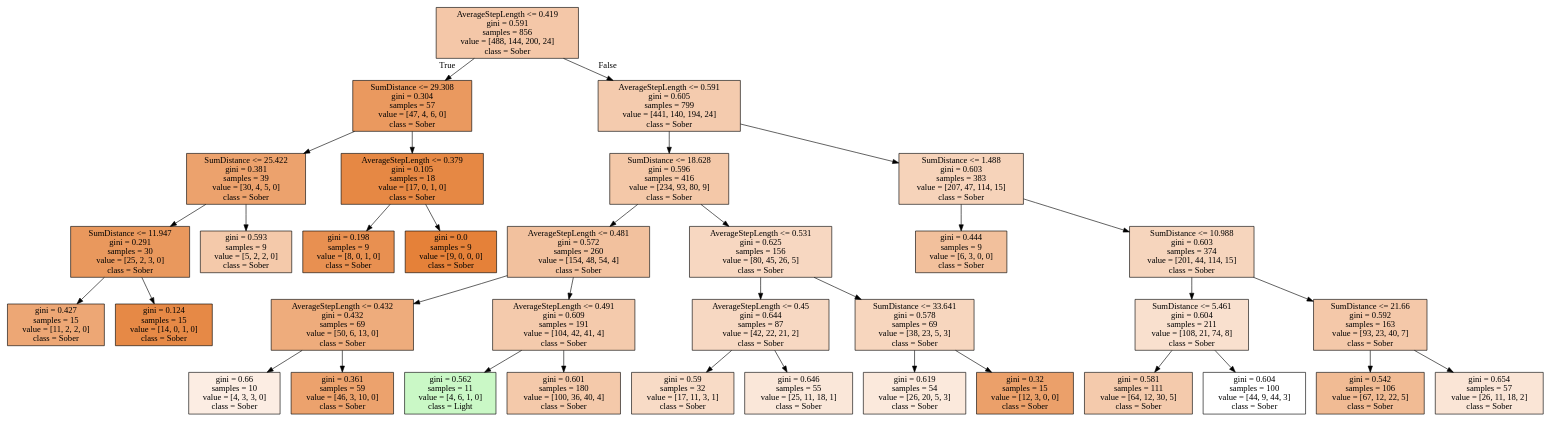
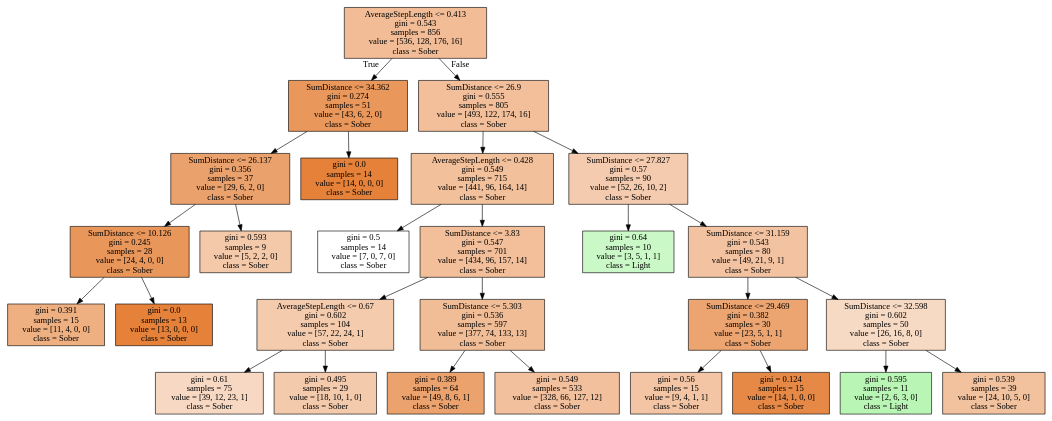
Before and after one commit to VivienvV/fallrisk: the diagram in Machine_learning/tree_alchohol.dot, drawn with Graphviz. The commit also changed 4 other files, not shown here.

```diff
--- a/Machine_learning/tree_alchohol.dot
+++ b/Machine_learning/tree_alchohol.dot
@@ -1,72 +1,56 @@
 digraph Tree {
 node [shape=box, style="filled", color="black"] ;
-0 [label="AverageStepLength <= 0.419\ngini = 0.591\nsamples = 856\nvalue = [488, 144, 200, 24]\nclass = Sober", fillcolor="#e5813970"] ;
-1 [label="SumDistance <= 29.308\ngini = 0.304\nsamples = 57\nvalue = [47, 4, 6, 0]\nclass = Sober", fillcolor="#e58139cd"] ;
+0 [label="AverageStepLength <= 0.413\ngini = 0.543\nsamples = 856\nvalue = [536, 128, 176, 16]\nclass = Sober", fillcolor="#e5813987"] ;
+1 [label="SumDistance <= 34.362\ngini = 0.274\nsamples = 51\nvalue = [43, 6, 2, 0]\nclass = Sober", fillcolor="#e58139d2"] ;
 0 -> 1 [labeldistance=2.5, labelangle=45, headlabel="True"] ;
-2 [label="SumDistance <= 25.422\ngini = 0.381\nsamples = 39\nvalue = [30, 4, 5, 0]\nclass = Sober", fillcolor="#e58139bc"] ;
+2 [label="SumDistance <= 26.137\ngini = 0.356\nsamples = 37\nvalue = [29, 6, 2, 0]\nclass = Sober", fillcolor="#e58139bd"] ;
 1 -> 2 ;
-3 [label="SumDistance <= 11.947\ngini = 0.291\nsamples = 30\nvalue = [25, 2, 3, 0]\nclass = Sober", fillcolor="#e58139d0"] ;
+3 [label="SumDistance <= 10.126\ngini = 0.245\nsamples = 28\nvalue = [24, 4, 0, 0]\nclass = Sober", fillcolor="#e58139d4"] ;
 2 -> 3 ;
-4 [label="gini = 0.427\nsamples = 15\nvalue = [11, 2, 2, 0]\nclass = Sober", fillcolor="#e58139b1"] ;
+4 [label="gini = 0.391\nsamples = 15\nvalue = [11, 4, 0, 0]\nclass = Sober", fillcolor="#e58139a2"] ;
 3 -> 4 ;
-5 [label="gini = 0.124\nsamples = 15\nvalue = [14, 0, 1, 0]\nclass = Sober", fillcolor="#e58139ed"] ;
+5 [label="gini = 0.0\nsamples = 13\nvalue = [13, 0, 0, 0]\nclass = Sober", fillcolor="#e58139ff"] ;
 3 -> 5 ;
 6 [label="gini = 0.593\nsamples = 9\nvalue = [5, 2, 2, 0]\nclass = Sober", fillcolor="#e581396d"] ;
 2 -> 6 ;
-7 [label="AverageStepLength <= 0.379\ngini = 0.105\nsamples = 18\nvalue = [17, 0, 1, 0]\nclass = Sober", fillcolor="#e58139f0"] ;
+7 [label="gini = 0.0\nsamples = 14\nvalue = [14, 0, 0, 0]\nclass = Sober", fillcolor="#e58139ff"] ;
 1 -> 7 ;
-8 [label="gini = 0.198\nsamples = 9\nvalue = [8, 0, 1, 0]\nclass = Sober", fillcolor="#e58139df"] ;
-7 -> 8 ;
-9 [label="gini = 0.0\nsamples = 9\nvalue = [9, 0, 0, 0]\nclass = Sober", fillcolor="#e58139ff"] ;
-7 -> 9 ;
-10 [label="AverageStepLength <= 0.591\ngini = 0.605\nsamples = 799\nvalue = [441, 140, 194, 24]\nclass = Sober", fillcolor="#e5813968"] ;
-0 -> 10 [labeldistance=2.5, labelangle=-45, headlabel="False"] ;
-11 [label="SumDistance <= 18.628\ngini = 0.596\nsamples = 416\nvalue = [234, 93, 80, 9]\nclass = Sober", fillcolor="#e581396f"] ;
-10 -> 11 ;
-12 [label="AverageStepLength <= 0.481\ngini = 0.572\nsamples = 260\nvalue = [154, 48, 54, 4]\nclass = Sober", fillcolor="#e581397c"] ;
+8 [label="SumDistance <= 26.9\ngini = 0.555\nsamples = 805\nvalue = [493, 122, 174, 16]\nclass = Sober", fillcolor="#e5813981"] ;
+0 -> 8 [labeldistance=2.5, labelangle=-45, headlabel="False"] ;
+9 [label="AverageStepLength <= 0.428\ngini = 0.549\nsamples = 715\nvalue = [441, 96, 164, 14]\nclass = Sober", fillcolor="#e5813980"] ;
+8 -> 9 ;
+10 [label="gini = 0.5\nsamples = 14\nvalue = [7, 0, 7, 0]\nclass = Sober", fillcolor="#e5813900"] ;
+9 -> 10 ;
+11 [label="SumDistance <= 3.83\ngini = 0.547\nsamples = 701\nvalue = [434, 96, 157, 14]\nclass = Sober", fillcolor="#e5813982"] ;
+9 -> 11 ;
+12 [label="AverageStepLength <= 0.67\ngini = 0.602\nsamples = 104\nvalue = [57, 22, 24, 1]\nclass = Sober", fillcolor="#e5813969"] ;
 11 -> 12 ;
-13 [label="AverageStepLength <= 0.432\ngini = 0.432\nsamples = 69\nvalue = [50, 6, 13, 0]\nclass = Sober", fillcolor="#e58139a8"] ;
+13 [label="gini = 0.61\nsamples = 75\nvalue = [39, 12, 23, 1]\nclass = Sober", fillcolor="#e581394e"] ;
 12 -> 13 ;
-14 [label="gini = 0.66\nsamples = 10\nvalue = [4, 3, 3, 0]\nclass = Sober", fillcolor="#e5813924"] ;
-13 -> 14 ;
-15 [label="gini = 0.361\nsamples = 59\nvalue = [46, 3, 10, 0]\nclass = Sober", fillcolor="#e58139bb"] ;
-13 -> 15 ;
-16 [label="AverageStepLength <= 0.491\ngini = 0.609\nsamples = 191\nvalue = [104, 42, 41, 4]\nclass = Sober", fillcolor="#e581396a"] ;
-12 -> 16 ;
-17 [label="gini = 0.562\nsamples = 11\nvalue = [4, 6, 1, 0]\nclass = Light", fillcolor="#47e53949"] ;
-16 -> 17 ;
-18 [label="gini = 0.601\nsamples = 180\nvalue = [100, 36, 40, 4]\nclass = Sober", fillcolor="#e581396d"] ;
-16 -> 18 ;
-19 [label="AverageStepLength <= 0.531\ngini = 0.625\nsamples = 156\nvalue = [80, 45, 26, 5]\nclass = Sober", fillcolor="#e5813950"] ;
-11 -> 19 ;
-20 [label="AverageStepLength <= 0.45\ngini = 0.644\nsamples = 87\nvalue = [42, 22, 21, 2]\nclass = Sober", fillcolor="#e581394e"] ;
-19 -> 20 ;
-21 [label="gini = 0.59\nsamples = 32\nvalue = [17, 11, 3, 1]\nclass = Sober", fillcolor="#e5813949"] ;
+14 [label="gini = 0.495\nsamples = 29\nvalue = [18, 10, 1, 0]\nclass = Sober", fillcolor="#e581396b"] ;
+12 -> 14 ;
+15 [label="SumDistance <= 5.303\ngini = 0.536\nsamples = 597\nvalue = [377, 74, 133, 13]\nclass = Sober", fillcolor="#e5813986"] ;
+11 -> 15 ;
+16 [label="gini = 0.389\nsamples = 64\nvalue = [49, 8, 6, 1]\nclass = Sober", fillcolor="#e58139bb"] ;
+15 -> 16 ;
+17 [label="gini = 0.549\nsamples = 533\nvalue = [328, 66, 127, 12]\nclass = Sober", fillcolor="#e581397e"] ;
+15 -> 17 ;
+18 [label="SumDistance <= 27.827\ngini = 0.57\nsamples = 90\nvalue = [52, 26, 10, 2]\nclass = Sober", fillcolor="#e5813968"] ;
+8 -> 18 ;
+19 [label="gini = 0.64\nsamples = 10\nvalue = [3, 5, 1, 1]\nclass = Light", fillcolor="#47e53949"] ;
+18 -> 19 ;
+20 [label="SumDistance <= 31.159\ngini = 0.543\nsamples = 80\nvalue = [49, 21, 9, 1]\nclass = Sober", fillcolor="#e5813979"] ;
+18 -> 20 ;
+21 [label="SumDistance <= 29.469\ngini = 0.382\nsamples = 30\nvalue = [23, 5, 1, 1]\nclass = Sober", fillcolor="#e58139b8"] ;
 20 -> 21 ;
-22 [label="gini = 0.646\nsamples = 55\nvalue = [25, 11, 18, 1]\nclass = Sober", fillcolor="#e5813930"] ;
-20 -> 22 ;
-23 [label="SumDistance <= 33.641\ngini = 0.578\nsamples = 69\nvalue = [38, 23, 5, 3]\nclass = Sober", fillcolor="#e5813953"] ;
-19 -> 23 ;
-24 [label="gini = 0.619\nsamples = 54\nvalue = [26, 20, 5, 3]\nclass = Sober", fillcolor="#e581392d"] ;
-23 -> 24 ;
-25 [label="gini = 0.32\nsamples = 15\nvalue = [12, 3, 0, 0]\nclass = Sober", fillcolor="#e58139bf"] ;
-23 -> 25 ;
-26 [label="SumDistance <= 1.488\ngini = 0.603\nsamples = 383\nvalue = [207, 47, 114, 15]\nclass = Sober", fillcolor="#e5813958"] ;
-10 -> 26 ;
-27 [label="gini = 0.444\nsamples = 9\nvalue = [6, 3, 0, 0]\nclass = Sober", fillcolor="#e581397f"] ;
-26 -> 27 ;
-28 [label="SumDistance <= 10.988\ngini = 0.603\nsamples = 374\nvalue = [201, 44, 114, 15]\nclass = Sober", fillcolor="#e5813955"] ;
-26 -> 28 ;
-29 [label="SumDistance <= 5.461\ngini = 0.604\nsamples = 211\nvalue = [108, 21, 74, 8]\nclass = Sober", fillcolor="#e581393f"] ;
-28 -> 29 ;
-30 [label="gini = 0.581\nsamples = 111\nvalue = [64, 12, 30, 5]\nclass = Sober", fillcolor="#e581396b"] ;
-29 -> 30 ;
-31 [label="gini = 0.604\nsamples = 100\nvalue = [44, 9, 44, 3]\nclass = Sober", fillcolor="#e5813900"] ;
-29 -> 31 ;
-32 [label="SumDistance <= 21.66\ngini = 0.592\nsamples = 163\nvalue = [93, 23, 40, 7]\nclass = Sober", fillcolor="#e581396e"] ;
-28 -> 32 ;
-33 [label="gini = 0.542\nsamples = 106\nvalue = [67, 12, 22, 5]\nclass = Sober", fillcolor="#e5813989"] ;
-32 -> 33 ;
-34 [label="gini = 0.654\nsamples = 57\nvalue = [26, 11, 18, 2]\nclass = Sober", fillcolor="#e5813934"] ;
-32 -> 34 ;
+22 [label="gini = 0.56\nsamples = 15\nvalue = [9, 4, 1, 1]\nclass = Sober", fillcolor="#e5813974"] ;
+21 -> 22 ;
+23 [label="gini = 0.124\nsamples = 15\nvalue = [14, 1, 0, 0]\nclass = Sober", fillcolor="#e58139ed"] ;
+21 -> 23 ;
+24 [label="SumDistance <= 32.598\ngini = 0.602\nsamples = 50\nvalue = [26, 16, 8, 0]\nclass = Sober", fillcolor="#e581394b"] ;
+20 -> 24 ;
+25 [label="gini = 0.595\nsamples = 11\nvalue = [2, 6, 3, 0]\nclass = Light", fillcolor="#47e53960"] ;
+24 -> 25 ;
+26 [label="gini = 0.539\nsamples = 39\nvalue = [24, 10, 5, 0]\nclass = Sober", fillcolor="#e581397b"] ;
+24 -> 26 ;
 }
```
